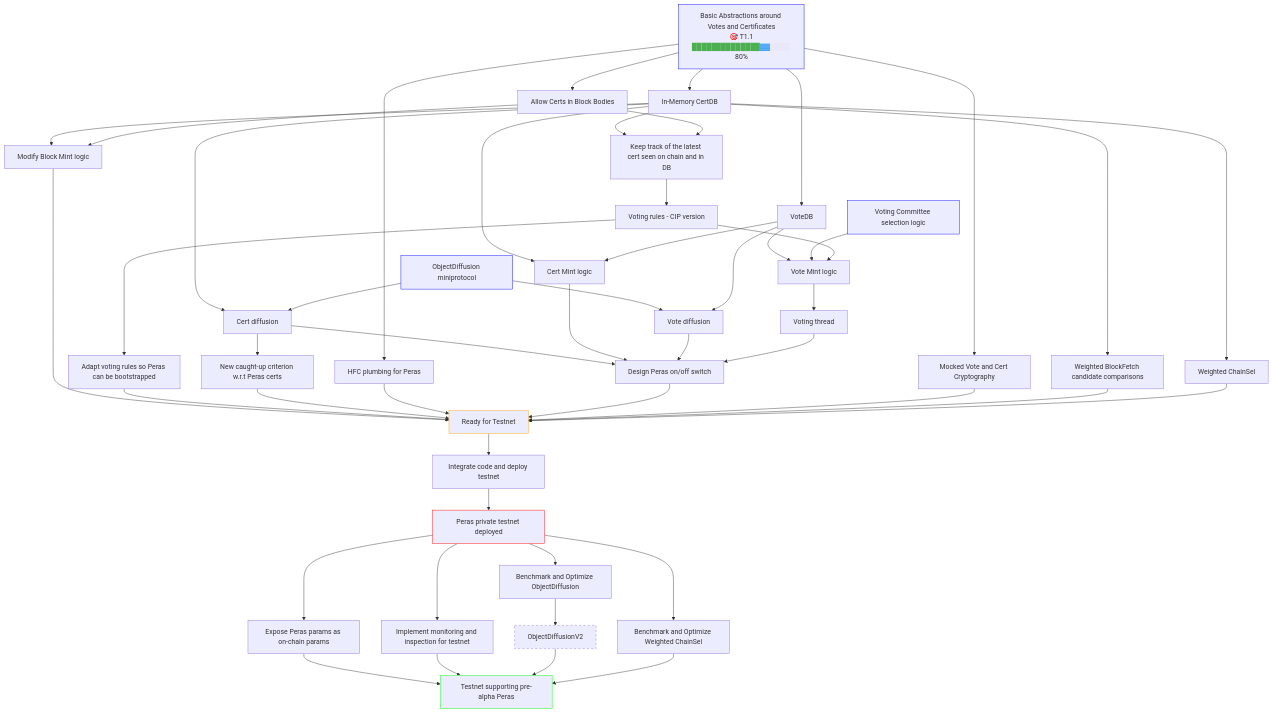
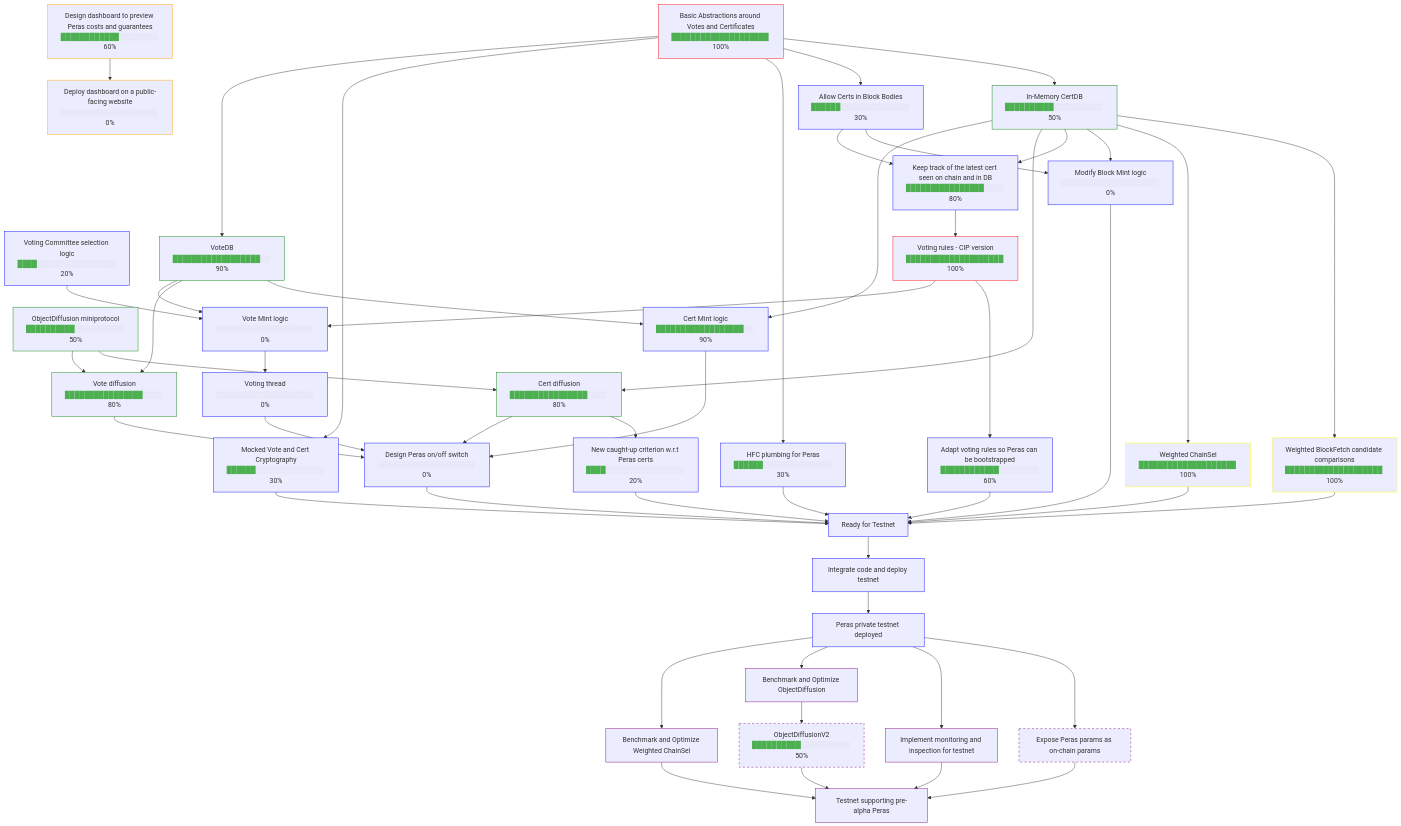
One commit to tweag/cardano-peras changed the diagram in docs/roadmap.md. Above: the diagram before and after it, drawn with Mermaid. The commit also changed other lines of this file and 2 other files, not shown here.

Commit message:
Update roadmap with PR links, milestones, and actual progress values

````diff
--- a/docs/roadmap.md
+++ b/docs/roadmap.md
@@ -1,80 +1,105 @@
 ```mermaid
 graph TD
-  BasicAbstr["Basic Abstractions around Votes and Certificates<br/>🎯 T1.1<br/><span style="color:#4caf50">██████████████</span><span style="color:#2196f3">▓▓</span><span style="color:#ccc">░░░░</span> 80%"]
-  style BasicAbstr stroke:blue
+  BasicAbstr["Basic Abstractions around Votes and Certificates<br/><span style="color:#4caf50">████████████████████</span> 100%"]
+  style BasicAbstr stroke:red
 
-  ObjectDiffusion["ObjectDiffusion miniprotocol"]
-  style ObjectDiffusion stroke:blue
+  ObjectDiffusion["ObjectDiffusion miniprotocol<br/><span style="color:#4caf50">██████████</span><span style="color:#ccc">░░░░░░░░░░</span> 50%"]
+  style ObjectDiffusion stroke:green
 
-  VotingCommittee["Voting Committee selection logic"]
+  VotingCommittee["Voting Committee selection logic<br/><span style="color:#4caf50">████</span><span style="color:#ccc">░░░░░░░░░░░░░░░░</span> 20%"]
   style VotingCommittee stroke:blue
 
-  CertDB["In-Memory CertDB"]
+  Dashboard["Design dashboard to preview Peras costs and guarantees<br/><span style="color:#4caf50">████████████</span><span style="color:#ccc">░░░░░░░░</span> 60%"]
+  style Dashboard stroke:orange
+
+  CertDB["In-Memory CertDB<br/><span style="color:#4caf50">██████████</span><span style="color:#ccc">░░░░░░░░░░</span> 50%"]
+  style CertDB stroke:green
   BasicAbstr --> CertDB
 
-  CertsInBlocks["Allow Certs in Block Bodies"]
+  CertsInBlocks["Allow Certs in Block Bodies<br/><span style="color:#4caf50">██████</span><span style="color:#ccc">░░░░░░░░░░░░░░</span> 30%"]
+  style CertsInBlocks stroke:blue
   BasicAbstr --> CertsInBlocks
 
-  HFCPlumbing["HFC plumbing for Peras"]
+  DeployDashboard["Deploy dashboard on a public-facing website<br/><span style="color:#ccc">░░░░░░░░░░░░░░░░░░░░</span> 0%"]
+  style DeployDashboard stroke:orange
+  Dashboard --> DeployDashboard
+
+  HFCPlumbing["HFC plumbing for Peras<br/><span style="color:#4caf50">██████</span><span style="color:#ccc">░░░░░░░░░░░░░░</span> 30%"]
+  style HFCPlumbing stroke:blue
   BasicAbstr --> HFCPlumbing
 
-  MockedCrypto["Mocked Vote and Cert Cryptography"]
+  MockedCrypto["Mocked Vote and Cert Cryptography<br/><span style="color:#4caf50">██████</span><span style="color:#ccc">░░░░░░░░░░░░░░</span> 30%"]
+  style MockedCrypto stroke:blue
   BasicAbstr --> MockedCrypto
 
-  VoteDB["VoteDB"]
+  VoteDB["VoteDB<br/><span style="color:#4caf50">██████████████████</span><span style="color:#ccc">░░</span> 90%"]
+  style VoteDB stroke:green
   BasicAbstr --> VoteDB
 
-  WeightedBlockFetch["Weighted BlockFetch candidate comparisons"]
+  WeightedBlockFetch["Weighted BlockFetch candidate comparisons<br/><span style="color:#4caf50">████████████████████</span> 100%"]
+  style WeightedBlockFetch stroke:yellow
   CertDB --> WeightedBlockFetch
 
-  WeightedChainSel["Weighted ChainSel"]
+  WeightedChainSel["Weighted ChainSel<br/><span style="color:#4caf50">████████████████████</span> 100%"]
+  style WeightedChainSel stroke:yellow
   CertDB --> WeightedChainSel
 
-  BlockMint["Modify Block Mint logic"]
+  BlockMint["Modify Block Mint logic<br/><span style="color:#ccc">░░░░░░░░░░░░░░░░░░░░</span> 0%"]
+  style BlockMint stroke:blue
   CertDB --> BlockMint
   CertsInBlocks --> BlockMint
 
-  KeepTrackLastCert["Keep track of the latest cert seen on chain and in DB"]
+  KeepTrackLastCert["Keep track of the latest cert seen on chain and in DB<br/><span style="color:#4caf50">████████████████</span><span style="color:#ccc">░░░░</span> 80%"]
+  style KeepTrackLastCert stroke:blue
   CertDB --> KeepTrackLastCert
   CertsInBlocks --> KeepTrackLastCert
 
-  VotingRules["Voting rules - CIP version"]
+  VotingRules["Voting rules - CIP version<br/><span style="color:#4caf50">████████████████████</span> 100%"]
+  style VotingRules stroke:red
   KeepTrackLastCert --> VotingRules
 
-  CertDiffusion["Cert diffusion"]
+  CertDiffusion["Cert diffusion<br/><span style="color:#4caf50">████████████████</span><span style="color:#ccc">░░░░</span> 80%"]
+  style CertDiffusion stroke:green
   CertDB --> CertDiffusion
   ObjectDiffusion --> CertDiffusion
 
-  CaughtUpCriterion["New caught-up criterion w.r.t Peras certs"]
+  CaughtUpCriterion["New caught-up criterion w.r.t Peras certs<br/><span style="color:#4caf50">████</span><span style="color:#ccc">░░░░░░░░░░░░░░░░</span> 20%"]
+  style CaughtUpCriterion stroke:blue
   CertDiffusion --> CaughtUpCriterion
 
-  CertMint["Cert Mint logic"]
+  CertMint["Cert Mint logic<br/><span style="color:#4caf50">██████████████████</span><span style="color:#ccc">░░</span> 90%"]
+  style CertMint stroke:blue
   CertDB --> CertMint
   VoteDB --> CertMint
 
-  VoteDiffusion["Vote diffusion"]
+  VoteDiffusion["Vote diffusion<br/><span style="color:#4caf50">████████████████</span><span style="color:#ccc">░░░░</span> 80%"]
+  style VoteDiffusion stroke:green
   ObjectDiffusion --> VoteDiffusion
   VoteDB --> VoteDiffusion
 
-  Bootstrap["Adapt voting rules so Peras can be bootstrapped"]
+  Bootstrap["Adapt voting rules so Peras can be bootstrapped<br/><span style="color:#4caf50">████████████</span><span style="color:#ccc">░░░░░░░░</span> 60%"]
+  style Bootstrap stroke:blue
   VotingRules --> Bootstrap
 
-  VoteMint["Vote Mint logic"]
+  VoteMint["Vote Mint logic<br/><span style="color:#ccc">░░░░░░░░░░░░░░░░░░░░</span> 0%"]
+  style VoteMint stroke:blue
   VoteDB --> VoteMint
   VotingCommittee --> VoteMint
   VotingRules --> VoteMint
 
-  VotingThread["Voting thread"]
+  VotingThread["Voting thread<br/><span style="color:#ccc">░░░░░░░░░░░░░░░░░░░░</span> 0%"]
+  style VotingThread stroke:blue
   VoteMint --> VotingThread
 
-  KillSwitch["Design Peras on/off switch"]
+  KillSwitch["Design Peras on/off switch<br/><span style="color:#ccc">░░░░░░░░░░░░░░░░░░░░</span> 0%"]
+  style KillSwitch stroke:blue
   CertDiffusion --> KillSwitch
   CertMint --> KillSwitch
   VoteDiffusion --> KillSwitch
   VotingThread --> KillSwitch
 
   ReadyForTestnet["Ready for Testnet"]
-  style ReadyForTestnet stroke:orange
+  style ReadyForTestnet stroke:blue
   BlockMint --> ReadyForTestnet
   Bootstrap --> ReadyForTestnet
   CaughtUpCriterion --> ReadyForTestnet
@@ -85,30 +110,35 @@
   WeightedChainSel --> ReadyForTestnet
 
   Deploy["Integrate code and deploy testnet"]
+  style Deploy stroke:blue
   ReadyForTestnet --> Deploy
 
   Testnet["Peras private testnet deployed"]
-  style Testnet stroke:red
+  style Testnet stroke:blue
   Deploy --> Testnet
 
   ExposeParams["Expose Peras params as on-chain params"]
+  style ExposeParams stroke:purple,stroke-dasharray:5
   Testnet --> ExposeParams
 
   Monitoring["Implement monitoring and inspection for testnet"]
+  style Monitoring stroke:purple
   Testnet --> Monitoring
 
   OptimizeObjectDiffusion["Benchmark and Optimize ObjectDiffusion"]
+  style OptimizeObjectDiffusion stroke:purple
   Testnet --> OptimizeObjectDiffusion
 
   OptimizeWeightedSel["Benchmark and Optimize Weighted ChainSel"]
+  style OptimizeWeightedSel stroke:purple
   Testnet --> OptimizeWeightedSel
 
-  ObjectDiffusionV2["ObjectDiffusionV2"]
-  style ObjectDiffusionV2 stroke-dasharray:5
+  ObjectDiffusionV2["ObjectDiffusionV2<br/><span style="color:#4caf50">██████████</span><span style="color:#ccc">░░░░░░░░░░</span> 50%"]
+  style ObjectDiffusionV2 stroke:purple,stroke-dasharray:5
   OptimizeObjectDiffusion --> ObjectDiffusionV2
 
   TestnetCaughtUp["Testnet supporting pre-alpha Peras"]
-  style TestnetCaughtUp stroke:lime
+  style TestnetCaughtUp stroke:purple
   ExposeParams --> TestnetCaughtUp
   Monitoring --> TestnetCaughtUp
   ObjectDiffusionV2 --> TestnetCaughtUp
````
